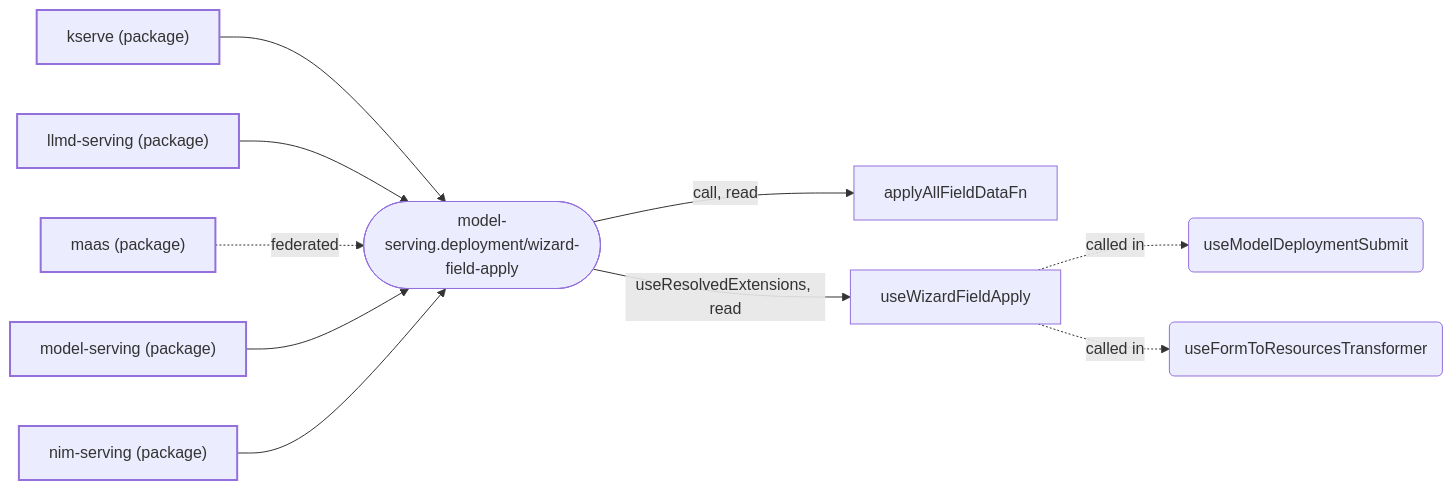
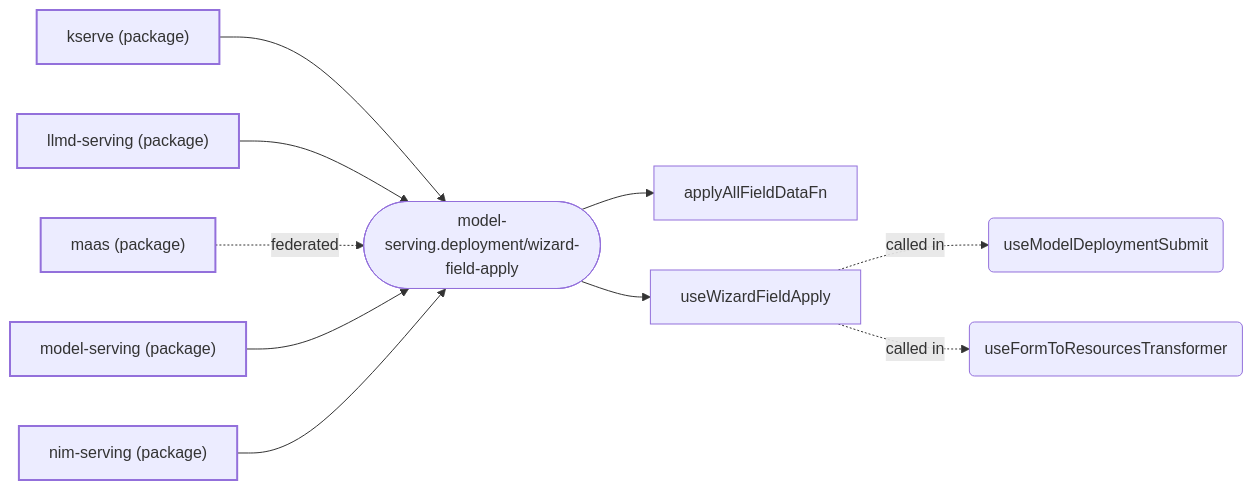
Before and after one commit to mturley/odh-dashboard: the seventh of 19 diagrams in packages/model-serving/docs/extensions.md, drawn with Mermaid. The commit also changed other lines of this file and 28 other files, not shown here.

````diff
--- a/packages/model-serving/docs/extensions.md
+++ b/packages/model-serving/docs/extensions.md
@@ -459,24 +557,24 @@
 ```mermaid
 flowchart LR
   classDef pkg stroke-width:2px
   classDef point stroke-width:1px
   n_pkg__odh_dashboard_kserve_5ec96a["kserve (package)"]:::pkg
   n_pkg__odh_dashboard_llmd_serving_3e146e["llmd-serving (package)"]:::pkg
   n_pkg__odh_dashboard_maas_87d494["maas (package)"]:::pkg
   n_pkg__odh_dashboard_model_serving_d0bfea["model-serving (package)"]:::pkg
   n_pkg__odh_dashboard_nim_serving_241793["nim-serving (package)"]:::pkg
   n_model_serving_deployment_wizard_field_apply_b7659a(["model-serving.deployment/wizard-field-apply"]):::point
   n_pkg__odh_dashboard_kserve_5ec96a --> n_model_serving_deployment_wizard_field_apply_b7659a
   n_pkg__odh_dashboard_llmd_serving_3e146e --> n_model_serving_deployment_wizard_field_apply_b7659a
   n_pkg__odh_dashboard_maas_87d494 -. "federated" .-> n_model_serving_deployment_wizard_field_apply_b7659a
   n_pkg__odh_dashboard_model_serving_d0bfea --> n_model_serving_deployment_wizard_field_apply_b7659a
   n_pkg__odh_dashboard_nim_serving_241793 --> n_model_serving_deployment_wizard_field_apply_b7659a
   n_symbol_packages_model_serving_src_components_deploymentWizard_useWizardFieldApply_ts_applyAllFieldDataFn_c28edc["applyAllFieldDataFn"]
-  n_model_serving_deployment_wizard_field_apply_b7659a -- "call, read" --> n_symbol_packages_model_serving_src_components_deploymentWizard_useWizardFieldApply_ts_applyAllFieldDataFn_c28edc
+  n_model_serving_deployment_wizard_field_apply_b7659a --> n_symbol_packages_model_serving_src_components_deploymentWizard_useWizardFieldApply_ts_applyAllFieldDataFn_c28edc
   n_symbol_packages_model_serving_src_components_deploymentWizard_useWizardFieldApply_ts_useWizardFieldApply_ded659["useWizardFieldApply"]
-  n_model_serving_deployment_wizard_field_apply_b7659a -- "useResolvedExtensions, read" --> n_symbol_packages_model_serving_src_components_deploymentWizard_useWizardFieldApply_ts_useWizardFieldApply_ded659
+  n_model_serving_deployment_wizard_field_apply_b7659a --> n_symbol_packages_model_serving_src_components_deploymentWizard_useWizardFieldApply_ts_useWizardFieldApply_ded659
   n_symbol_packages_model_serving_src_components_deploymentWizard_deploying_useModelDeploymentSubmit_ts_useModelDeploymentSubmit_61e0df("useModelDeploymentSubmit")
   n_symbol_packages_model_serving_src_components_deploymentWizard_yaml_useFormToResourcesTransformer_tsx_useFormToResourcesTransformer_b07a4f("useFormToResourcesTransformer")
   n_symbol_packages_model_serving_src_components_deploymentWizard_useWizardFieldApply_ts_useWizardFieldApply_ded659 -. "called in" .-> n_symbol_packages_model_serving_src_components_deploymentWizard_deploying_useModelDeploymentSubmit_ts_useModelDeploymentSubmit_61e0df
   n_symbol_packages_model_serving_src_components_deploymentWizard_useWizardFieldApply_ts_useWizardFieldApply_ded659 -. "called in" .-> n_symbol_packages_model_serving_src_components_deploymentWizard_yaml_useFormToResourcesTransformer_tsx_useFormToResourcesTransformer_b07a4f
 ```
````
